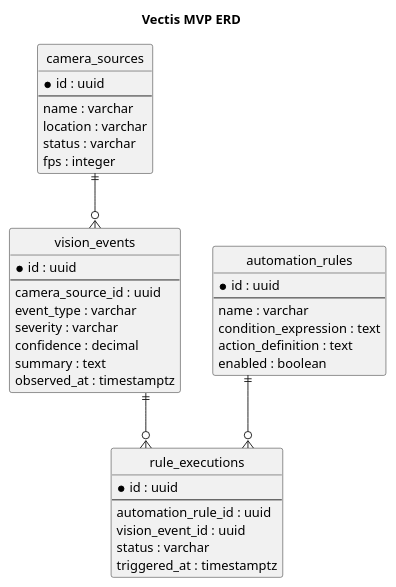
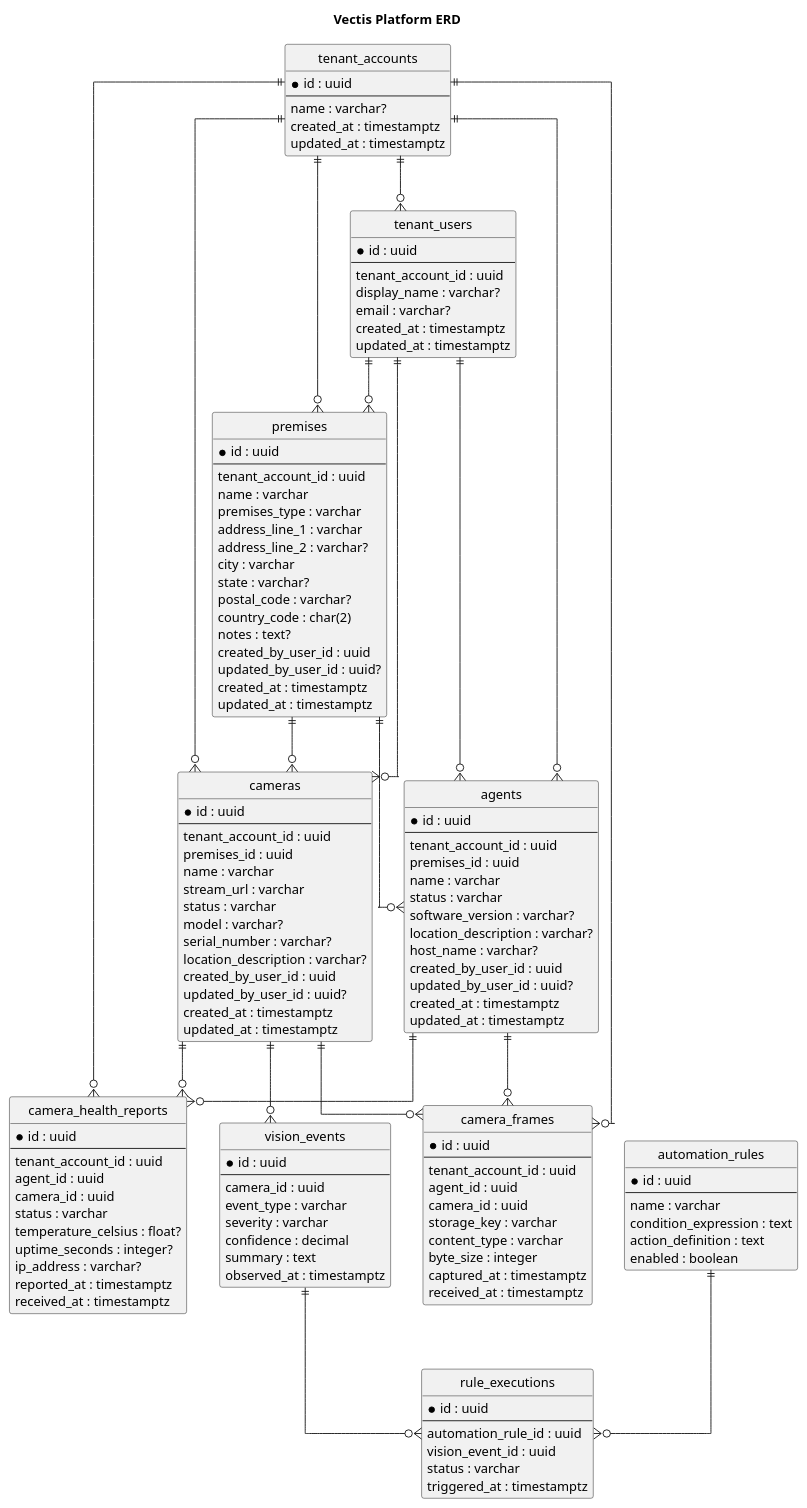
Before and after one commit to ralfepoisson/Vectis: the diagram in docs/vectis_erd.puml, drawn with PlantUML. The commit also changed 142 other files, not shown here.

```diff
--- a/docs/vectis_erd.puml
+++ b/docs/vectis_erd.puml
@@ -1,50 +1,153 @@
 @startuml
-title Vectis MVP ERD
+title Vectis Platform ERD
 
 skinparam shadowing false
 hide circle
 skinparam linetype ortho
 
-entity "camera_sources" as camera_sources {
+entity "tenant_accounts" as tenant_accounts {
   *id : uuid
   --
+  name : varchar?
+  created_at : timestamptz
+  updated_at : timestamptz
+}
+
+entity "tenant_users" as tenant_users {
+  *id : uuid
+  --
+  tenant_account_id : uuid
+  display_name : varchar?
+  email : varchar?
+  created_at : timestamptz
+  updated_at : timestamptz
+}
+
+entity "premises" as premises {
+  *id : uuid
+  --
+  tenant_account_id : uuid
   name : varchar
-  location : varchar
+  premises_type : varchar
+  address_line_1 : varchar
+  address_line_2 : varchar?
+  city : varchar
+  state : varchar?
+  postal_code : varchar?
+  country_code : char(2)
+  notes : text?
+  created_by_user_id : uuid
+  updated_by_user_id : uuid?
+  created_at : timestamptz
+  updated_at : timestamptz
+}
+
+entity "cameras" as cameras {
+  *id : uuid
+  --
+  tenant_account_id : uuid
+  premises_id : uuid
+  name : varchar
+  stream_url : varchar
   status : varchar
-  fps : integer
+  model : varchar?
+  serial_number : varchar?
+  location_description : varchar?
+  created_by_user_id : uuid
+  updated_by_user_id : uuid?
+  created_at : timestamptz
+  updated_at : timestamptz
+}
+
+entity "agents" as agents {
+  *id : uuid
+  --
+  tenant_account_id : uuid
+  premises_id : uuid
+  name : varchar
+  status : varchar
+  software_version : varchar?
+  location_description : varchar?
+  host_name : varchar?
+  created_by_user_id : uuid
+  updated_by_user_id : uuid?
+  created_at : timestamptz
+  updated_at : timestamptz
+}
+
+entity "camera_health_reports" as camera_health_reports {
+  *id : uuid
+  --
+  tenant_account_id : uuid
+  agent_id : uuid
+  camera_id : uuid
+  status : varchar
+  temperature_celsius : float?
+  uptime_seconds : integer?
+  ip_address : varchar?
+  reported_at : timestamptz
+  received_at : timestamptz
+}
+
+entity "camera_frames" as camera_frames {
+  *id : uuid
+  --
+  tenant_account_id : uuid
+  agent_id : uuid
+  camera_id : uuid
+  storage_key : varchar
+  content_type : varchar
+  byte_size : integer
+  captured_at : timestamptz
+  received_at : timestamptz
 }
 
 entity "vision_events" as vision_events {
   *id : uuid
   --
-  camera_source_id : uuid
+  camera_id : uuid
   event_type : varchar
   severity : varchar
   confidence : decimal
   summary : text
   observed_at : timestamptz
 }
 
 entity "automation_rules" as automation_rules {
   *id : uuid
   --
   name : varchar
   condition_expression : text
   action_definition : text
   enabled : boolean
 }
 
 entity "rule_executions" as rule_executions {
   *id : uuid
   --
   automation_rule_id : uuid
   vision_event_id : uuid
   status : varchar
   triggered_at : timestamptz
 }
 
-camera_sources ||--o{ vision_events
+tenant_accounts ||--o{ tenant_users
+tenant_accounts ||--o{ premises
+tenant_accounts ||--o{ cameras
+tenant_accounts ||--o{ agents
+tenant_accounts ||--o{ camera_health_reports
+tenant_accounts ||--o{ camera_frames
+tenant_users ||--o{ premises
+tenant_users ||--o{ cameras
+tenant_users ||--o{ agents
+premises ||--o{ cameras
+premises ||--o{ agents
+agents ||--o{ camera_health_reports
+agents ||--o{ camera_frames
+cameras ||--o{ vision_events
+cameras ||--o{ camera_health_reports
+cameras ||--o{ camera_frames
 automation_rules ||--o{ rule_executions
 vision_events ||--o{ rule_executions
 
 @enduml
```
